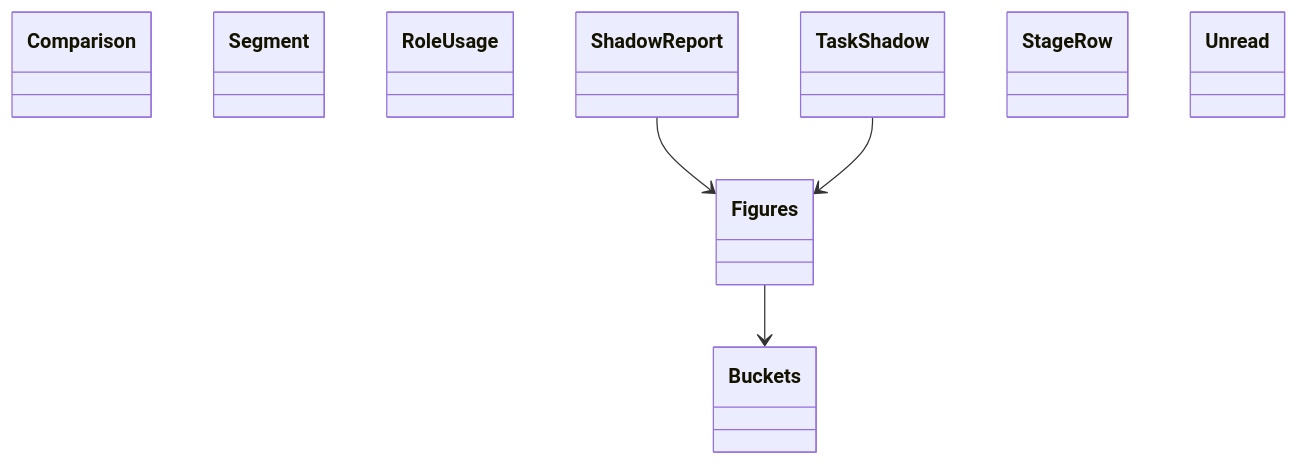
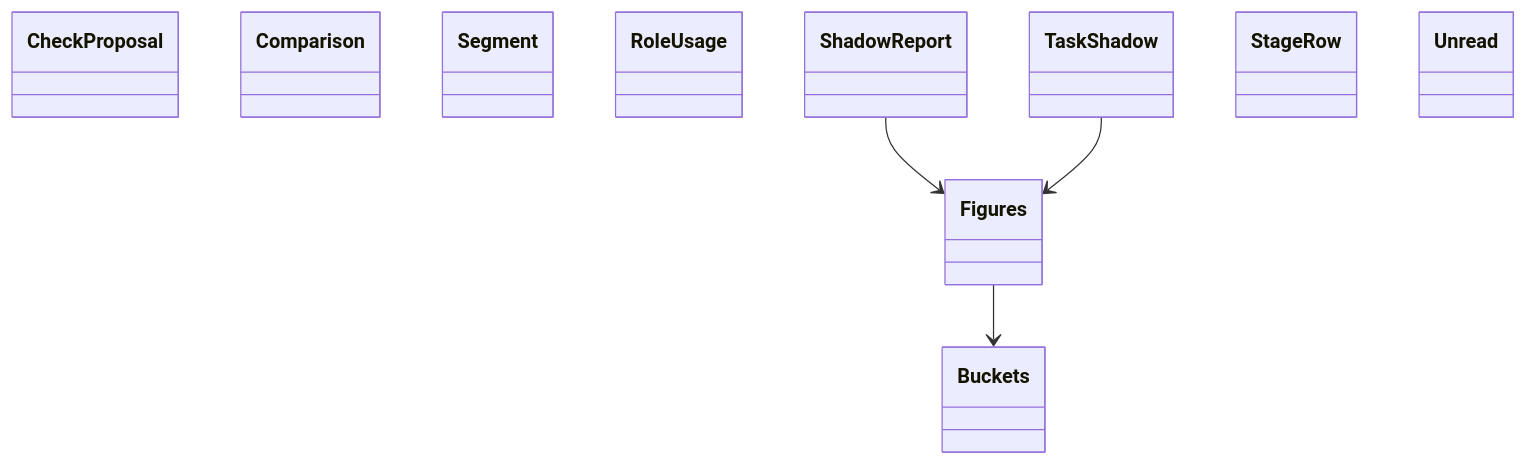
The diagram in docs/architecture/generated/classes-measurement-domain-reports-2.md (GonzaloZevallos/agentic-system), drawn with Mermaid before and after one commit. The commit also changed 2 other files, not shown here.

Commit message:
Regenerate the architecture docs for the listing cache port

````diff
--- a/docs/architecture/generated/classes-measurement-domain-reports-2.md
+++ b/docs/architecture/generated/classes-measurement-domain-reports-2.md
@@ -10,15 +10,16 @@
 ```mermaid
 classDiagram
+    class playbook_window__CheckProposal["CheckProposal"]
     class playbook_window__Comparison["Comparison"]
     class playbook_window__Segment["Segment"]
     class role_usage__RoleUsage["RoleUsage"]
     class shadow_report__Buckets["Buckets"]
     class shadow_report__Figures["Figures"]
     class shadow_report__ShadowReport["ShadowReport"]
     class shadow_report__TaskShadow["TaskShadow"]
     class stage_report__StageRow["StageRow"]
     class stage_report__Unread["Unread"]
     shadow_report__Figures --> shadow_report__Buckets
     shadow_report__ShadowReport --> shadow_report__Figures
     shadow_report__TaskShadow --> shadow_report__Figures
 ```
````
